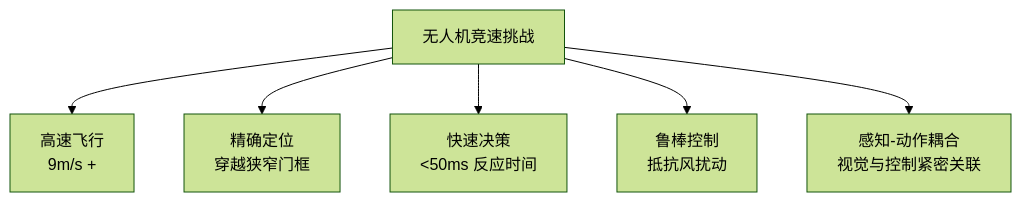
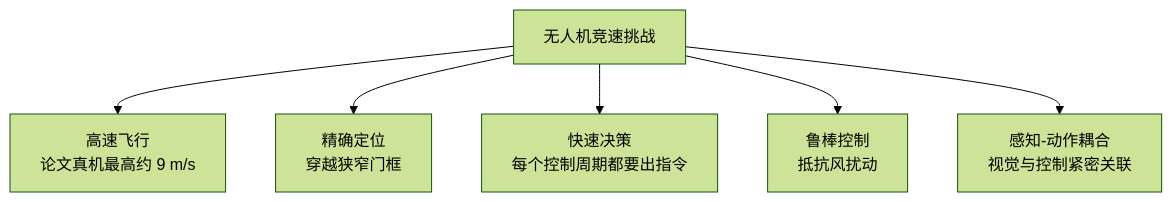
The fourth of 9 diagrams in docs/02-世界模型专题/03-模型强化学习世界模型.md (Qxy661/UAV-WM-VLA-Learning), drawn with Mermaid (forest theme) before and after one commit. The commit also changed other lines of this file and 53 other files, not shown here.

````diff
--- a/docs/02-世界模型专题/03-模型强化学习世界模型.md
+++ b/docs/02-世界模型专题/03-模型强化学习世界模型.md
@@ -219,8 +221,8 @@
 ```mermaid
 graph TB
-    A[无人机竞速挑战] --> B[高速飞行<br/>9m/s +]
+    A[无人机竞速挑战] --> B[高速飞行<br/>论文真机最高约 9 m/s]
     A --> C[精确定位<br/>穿越狭窄门框]
-    A --> D[快速决策<br/><50ms 反应时间]
+    A --> D[快速决策<br/>每个控制周期都要出指令]
     A --> E[鲁棒控制<br/>抵抗风扰动]
     A --> F[感知-动作耦合<br/>视觉与控制紧密关联]
 ```
````
